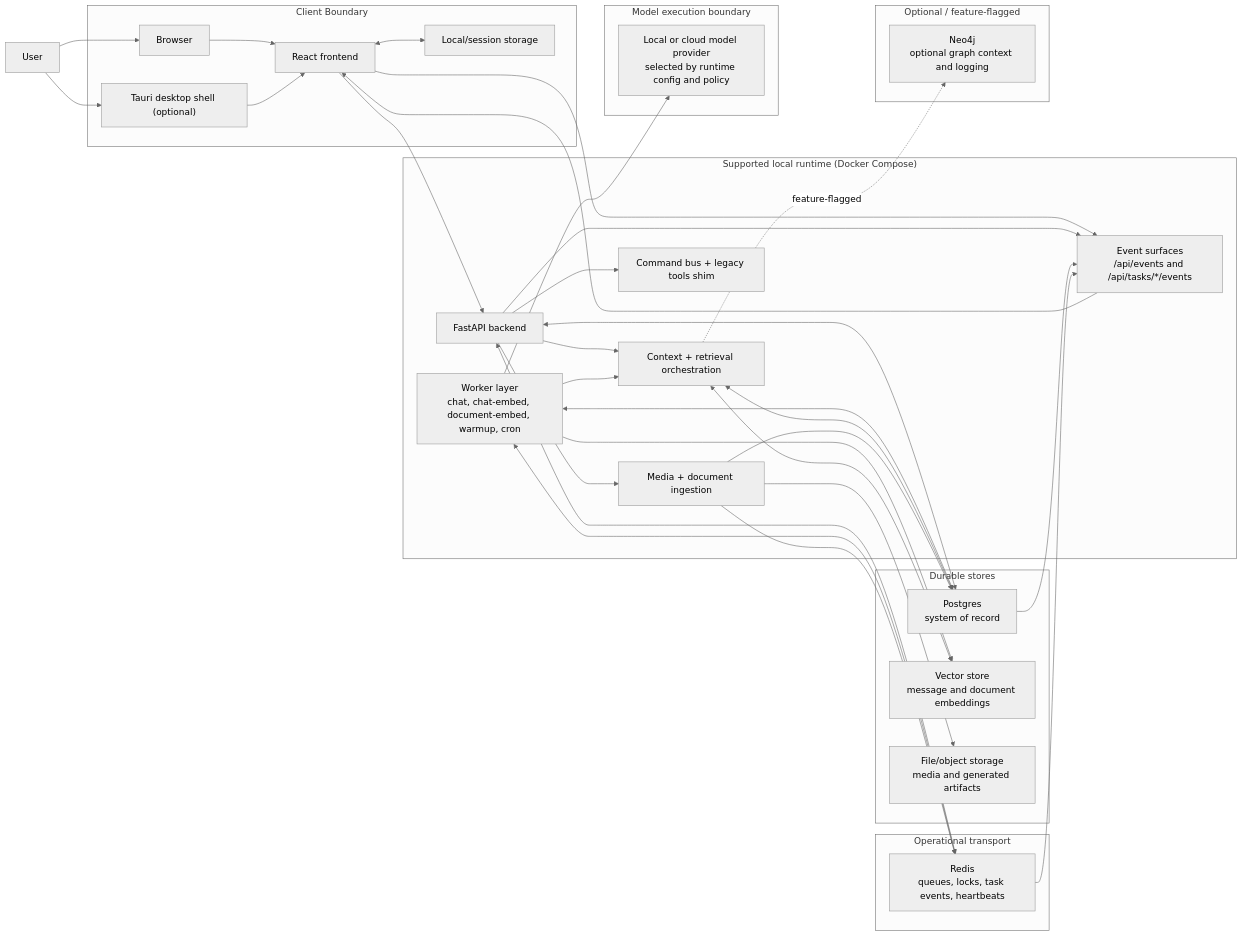
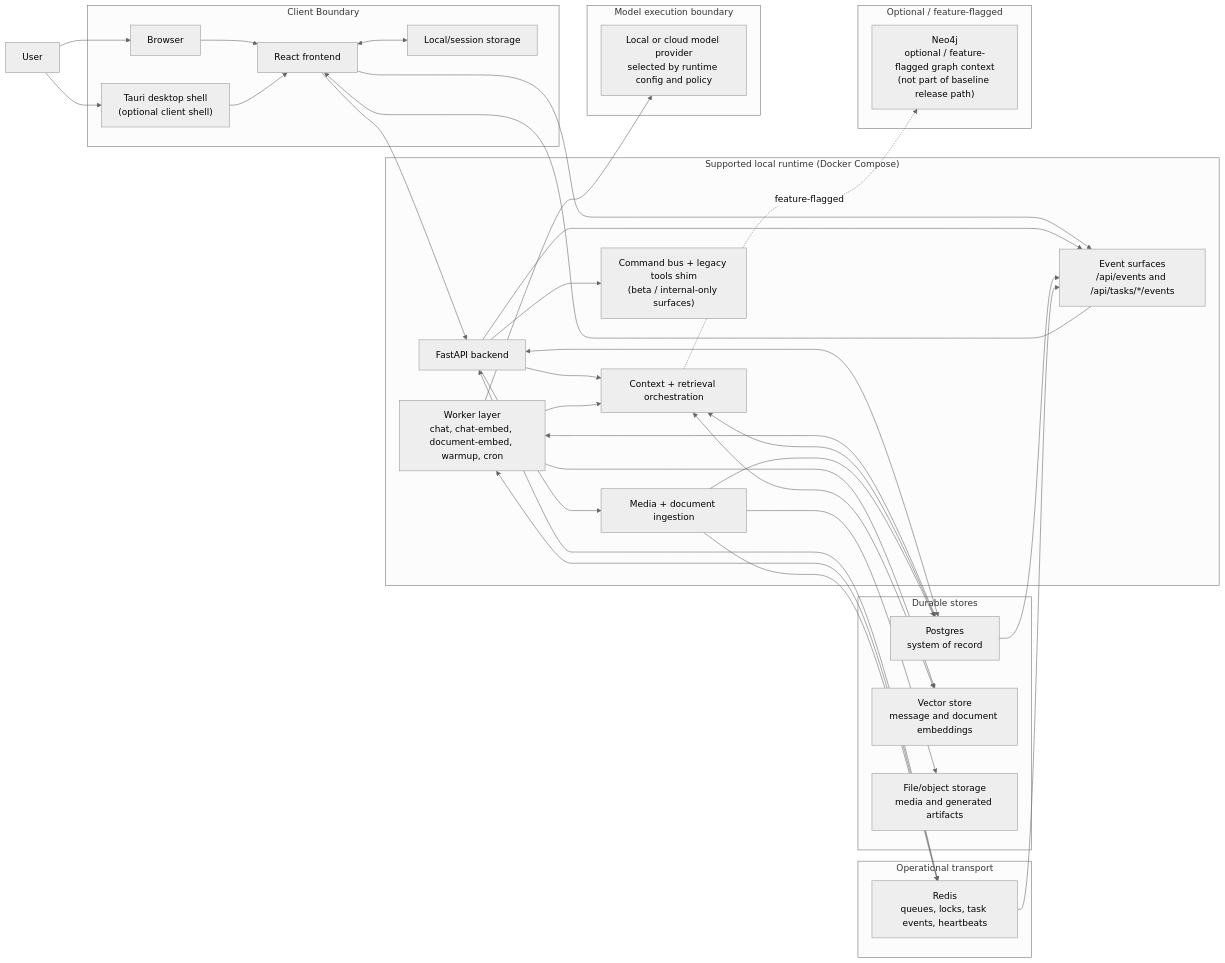
The first of 4 diagrams in docs/architecture/runtime-diagrams-v1.md (Resonant-Jones/Codexify), drawn with Mermaid (neutral theme) before and after one commit. The commit also changed other lines of this file and 1 other file, not shown here.

Commit message:
Harden runtime diagrams with evidence notes

````diff
--- a/docs/architecture/runtime-diagrams-v1.md
+++ b/docs/architecture/runtime-diagrams-v1.md
@@ -26,66 +34,66 @@
 ```mermaid
 flowchart LR
     user["User"]
 
     subgraph clients["Client Boundary"]
         browser["Browser"]
-        tauri["Tauri desktop shell (optional)"]
+        tauri["Tauri desktop shell<br/>(optional client shell)"]
         frontend["React frontend"]
         client_state["Local/session storage"]
     end
 
     subgraph runtime["Supported local runtime (Docker Compose)"]
         backend["FastAPI backend"]
         event_surface["Event surfaces<br/>/api/events and /api/tasks/*/events"]
         workers["Worker layer<br/>chat, chat-embed, document-embed, warmup, cron"]
         context["Context + retrieval orchestration"]
         ingestion["Media + document ingestion"]
-        command["Command bus + legacy tools shim"]
+        command["Command bus + legacy tools shim<br/>(beta / internal-only surfaces)"]
     end
 
     subgraph durable["Durable stores"]
         postgres["Postgres<br/>system of record"]
         vector["Vector store<br/>message and document embeddings"]
         media_store["File/object storage<br/>media and generated artifacts"]
     end
 
     subgraph operational["Operational transport"]
         redis["Redis<br/>queues, locks, task events, heartbeats"]
     end
 
     subgraph optional["Optional / feature-flagged"]
-        neo4j["Neo4j<br/>optional graph context and logging"]
+        neo4j["Neo4j<br/>optional / feature-flagged graph context<br/>(not part of baseline release path)"]
     end
 
     subgraph model_boundary["Model execution boundary"]
         provider["Local or cloud model provider<br/>selected by runtime config and policy"]
     end
 
     user --> browser
     user --> tauri
     browser --> frontend
     tauri --> frontend
     frontend <--> client_state
     frontend --> backend
     frontend --> event_surface
     backend --> event_surface
     postgres --> event_surface
     redis --> event_surface
     event_surface --> frontend
     backend --> context
     backend --> ingestion
     backend --> command
     backend <--> postgres
     backend <--> redis
     workers <--> redis
     workers <--> postgres
     workers --> context
     workers --> vector
     workers --> provider
     context <--> postgres
     context <--> vector
     context -. feature-flagged .-> neo4j
     ingestion --> media_store
     ingestion --> postgres
     ingestion --> redis
 ```
````
